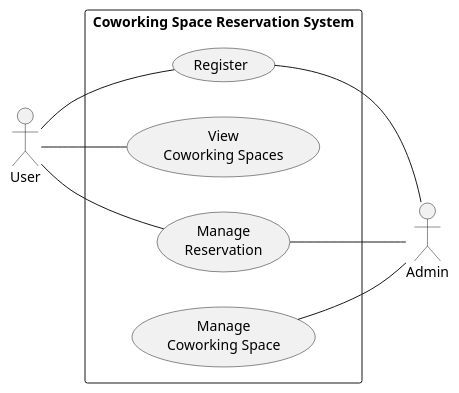
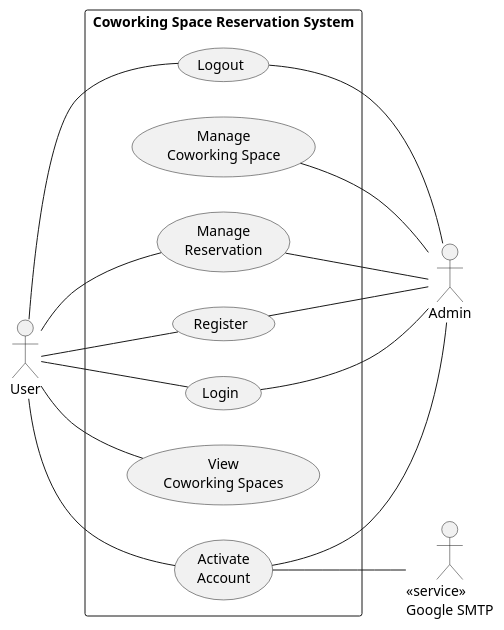
One commit to SupanutT/sw-dev-prac-project changed the diagram in doc/Use Case Diagram/use_case.puml. Above: the diagram before and after it, drawn with PlantUML. The commit also changed 1 other file, not shown here.

```diff
--- a/doc/Use Case Diagram/use_case.puml
+++ b/doc/Use Case Diagram/use_case.puml
@@ -1,20 +1,32 @@
 @startuml Coworking Space Reservation System Use Case Diagram
 left to right direction
 actor "User" as user
 rectangle "Coworking Space Reservation System" as CSRSystem {
     usecase "Register" as register
+    usecase "Login" as login
+    usecase "Logout" as logout
+    usecase "Activate\nAccount" as activateAccount
     usecase "View\nCoworking Spaces" as viewCoworkingSpaces
     usecase "Manage\nReservation" as manageReservation
     usecase "Manage\nCoworking Space" as manageCoworkingSpace
 }
 
 user -- register
+user -- login
+user -- logout
+user -- activateAccount
 user -- viewCoworkingSpaces
 user -- manageReservation
 
 actor "Admin" as admin
 register -- admin
+login -- admin
+logout -- admin
+activateAccount -- admin
 manageReservation -- admin
 manageCoworkingSpace -- admin
 
+actor "<<service>>\nGoogle SMTP" as smtp
+activateAccount -- smtp
+
 @enduml
```
